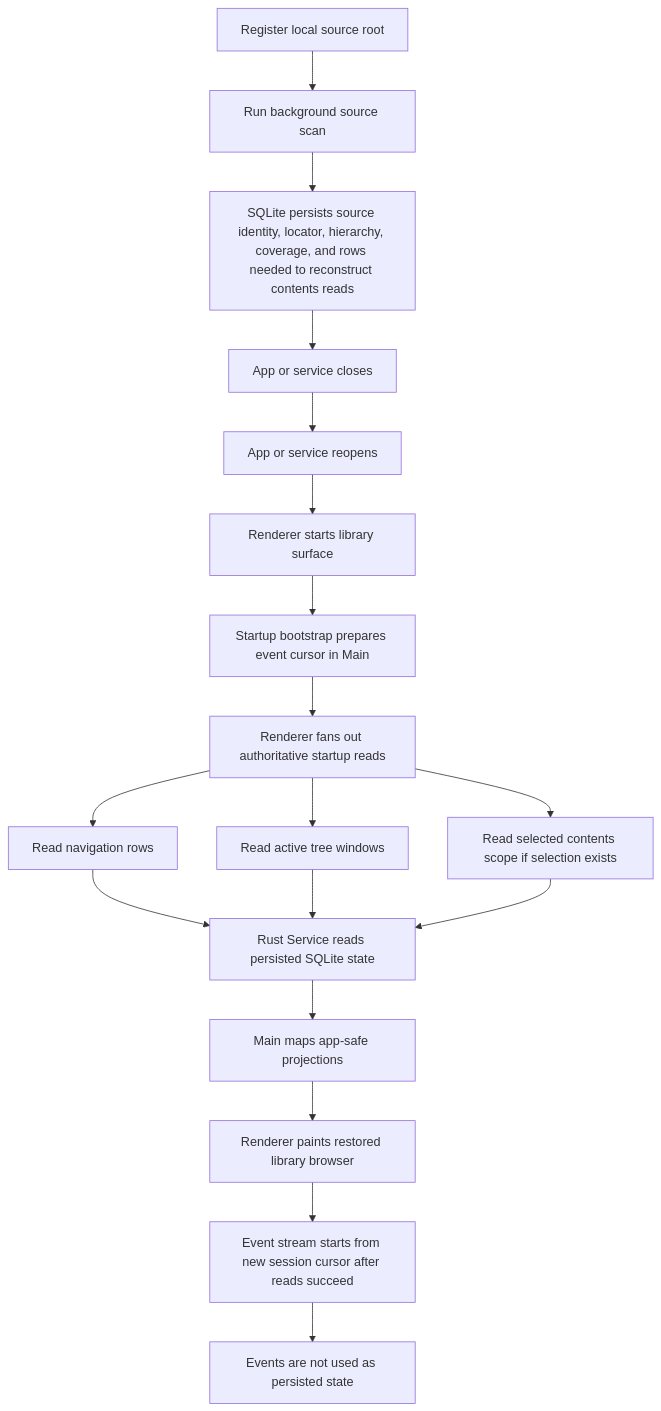
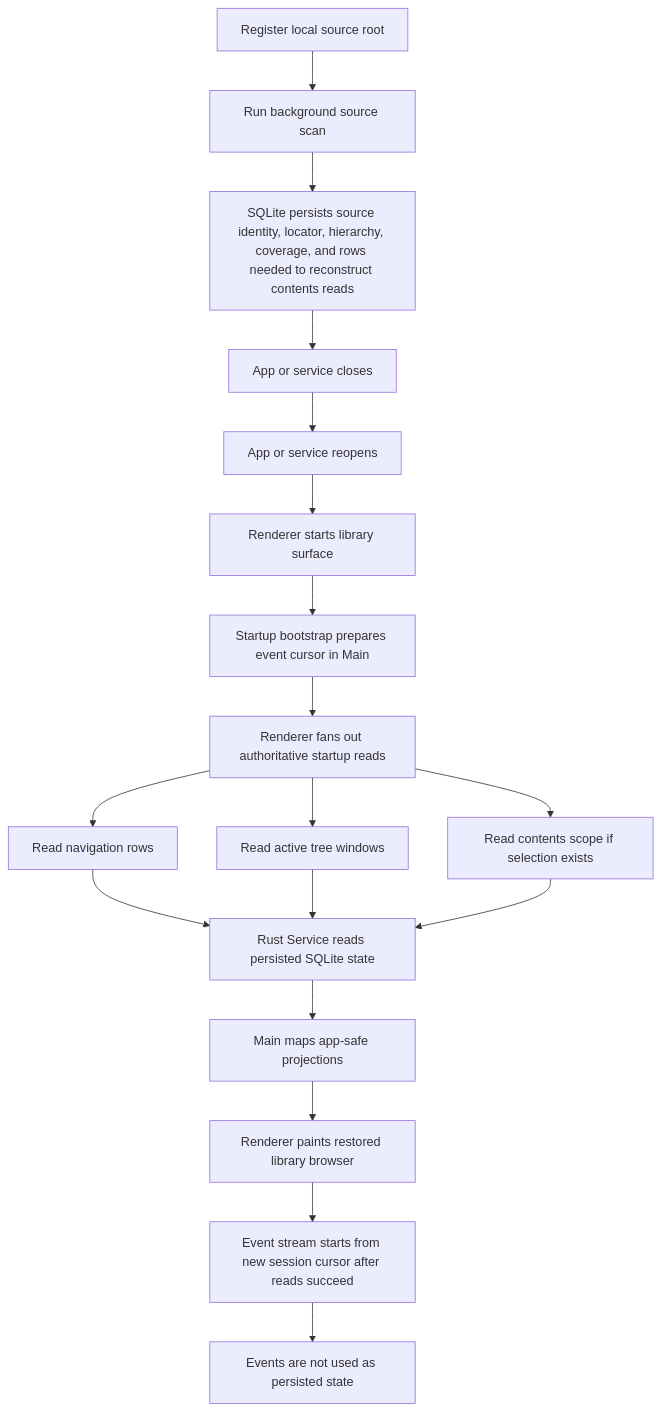
Before and after one commit to maikeleckelboom/dekzer-legacy: diagram 12 of 14 in docs/library/library-substrate-e2e-flow-diagrams.md, drawn with Mermaid. The commit also changed other lines of this file and 17 other files, not shown here.

````diff
--- a/docs/library/library-substrate-e2e-flow-diagrams.md
+++ b/docs/library/library-substrate-e2e-flow-diagrams.md
@@ -684,20 +684,20 @@
 ```mermaid
 flowchart TD
   A["Register local source root"] --> B["Run background source scan"]
   B --> C["SQLite persists source identity, locator, hierarchy, coverage, and rows needed to reconstruct contents reads"]
   C --> D["App or service closes"]
   D --> E["App or service reopens"]
   E --> F["Renderer starts library surface"]
   F --> G["Startup bootstrap prepares event cursor in Main"]
   G --> H["Renderer fans out authoritative startup reads"]
   H --> I["Read navigation rows"]
   H --> J["Read active tree windows"]
-  H --> K["Read selected contents scope if selection exists"]
+  H --> K["Read contents scope if selection exists"]
   I --> L["Rust Service reads persisted SQLite state"]
   J --> L
   K --> L
   L --> M["Main maps app-safe projections"]
   M --> N["Renderer paints restored library browser"]
   N --> O["Event stream starts from new session cursor after reads succeed"]
   O --> P["Events are not used as persisted state"]
 ```
````
